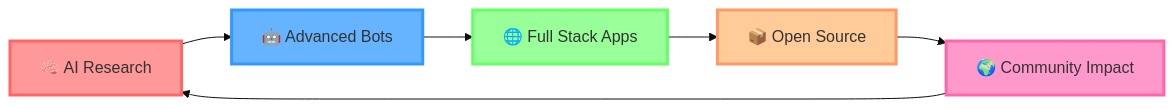
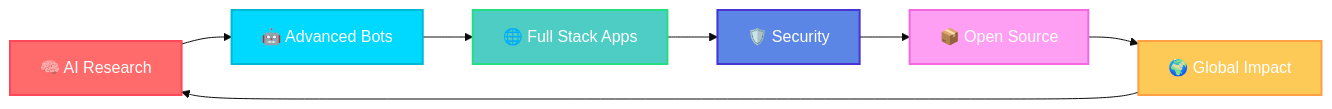
The diagram in README.md (DenxVil/DenxVil), drawn with Mermaid (base theme) before and after one commit. The commit also changed other lines of this file, not shown here.

````diff
--- a/README.md
+++ b/README.md
@@ -388,14 +317,16 @@
 ```mermaid
 graph LR
     A[🧠 AI Research] --> B[🤖 Advanced Bots]
     B --> C[🌐 Full Stack Apps]
-    C --> D[📦 Open Source]
-    D --> E[🌍 Community Impact]
-    E --> A
+    C --> D[🛡️ Security]
+    D --> E[📦 Open Source]
+    E --> F[🌍 Global Impact]
+    F --> A
     
-    style A fill:#ff9999,stroke:#ff6666,stroke-width:3px
-    style B fill:#66b3ff,stroke:#3399ff,stroke-width:3px
-    style C fill:#99ff99,stroke:#66ff66,stroke-width:3px
-    style D fill:#ffcc99,stroke:#ff9966,stroke-width:3px
-    style E fill:#ff99cc,stroke:#ff66aa,stroke-width:3px
+    style A fill:#ff6b6b,stroke:#ff4757,stroke-width:2px,color:#fff
+    style B fill:#00d9ff,stroke:#00b8d4,stroke-width:2px,color:#fff
+    style C fill:#4ecdc4,stroke:#26de81,stroke-width:2px,color:#fff
+    style D fill:#5b86e5,stroke:#4834d4,stroke-width:2px,color:#fff
+    style E fill:#ff9ff3,stroke:#f368e0,stroke-width:2px,color:#fff
+    style F fill:#feca57,stroke:#ff9f43,stroke-width:2px,color:#fff
 ```
````
